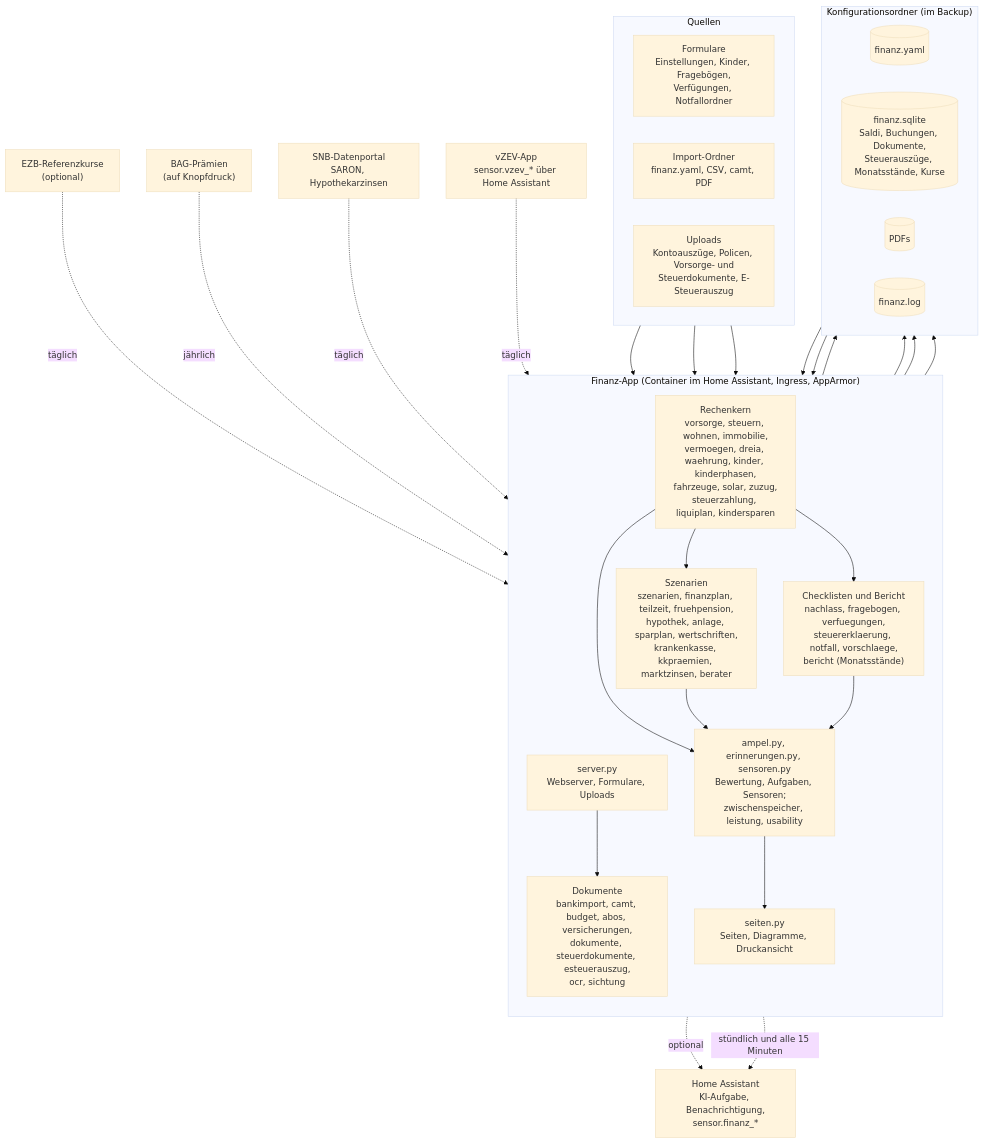
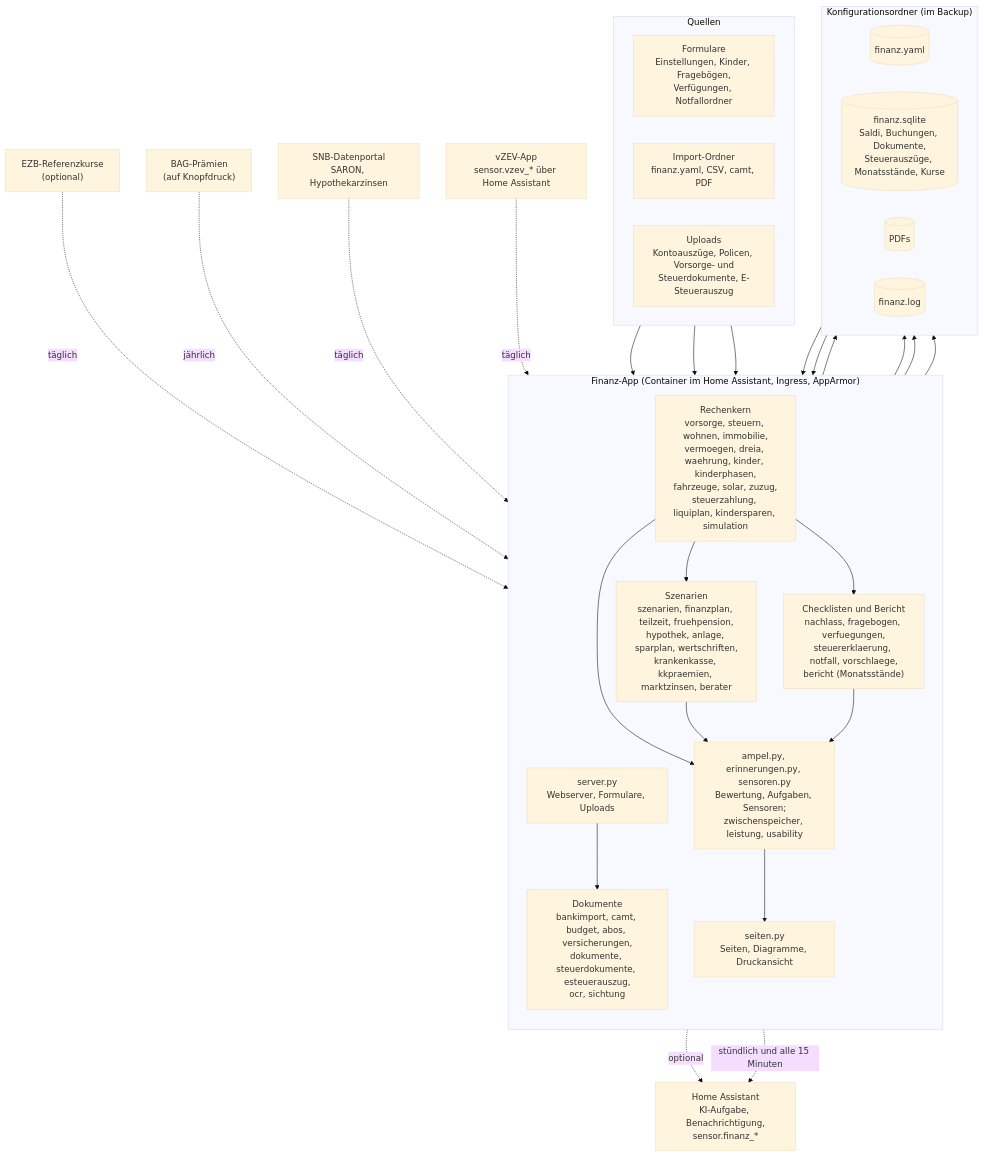
One commit to khu1985/finanz-ha changed the diagram in docs/architektur.mmd. Above: the diagram before and after it, drawn with Mermaid (base theme). The commit also changed 10 other files, not shown here.

```diff
--- a/docs/architektur.mmd
+++ b/docs/architektur.mmd
@@ -1,38 +1,38 @@
 flowchart TB
     subgraph Quellen
         direction LR
         F["Formulare<br/>Einstellungen, Kinder, Fragebögen,<br/>Verfügungen, Notfallordner"]
         I["Import-Ordner<br/>finanz.yaml, CSV, camt, PDF"]
         U["Uploads<br/>Kontoauszüge, Policen, Vorsorge- und<br/>Steuerdokumente, E-Steuerauszug"]
     end
     subgraph App["Finanz-App (Container im Home Assistant, Ingress, AppArmor)"]
         direction TB
         S["server.py<br/>Webserver, Formulare, Uploads"]
         D["Dokumente<br/>bankimport, camt, budget, abos, versicherungen,<br/>dokumente, steuerdokumente, esteuerauszug,<br/>ocr, sichtung"]
-        K["Rechenkern<br/>vorsorge, steuern, wohnen, immobilie,<br/>vermoegen, dreia, waehrung, kinder, kinderphasen,<br/>fahrzeuge, solar, zuzug,<br/>steuerzahlung, liquiplan, kindersparen"]
+        K["Rechenkern<br/>vorsorge, steuern, wohnen, immobilie,<br/>vermoegen, dreia, waehrung, kinder, kinderphasen,<br/>fahrzeuge, solar, zuzug,<br/>steuerzahlung, liquiplan, kindersparen, simulation"]
         Z["Szenarien<br/>szenarien, finanzplan, teilzeit, fruehpension,<br/>hypothek, anlage, sparplan, wertschriften,<br/>krankenkasse, kkpraemien, marktzinsen, berater"]
         C["Checklisten und Bericht<br/>nachlass, fragebogen, verfuegungen,<br/>steuererklaerung, notfall, vorschlaege,<br/>bericht (Monatsstände)"]
         A["ampel.py, erinnerungen.py, sensoren.py<br/>Bewertung, Aufgaben, Sensoren;<br/>zwischenspeicher, leistung, usability"]
         SE["seiten.py<br/>Seiten, Diagramme, Druckansicht"]
     end
     subgraph Daten["Konfigurationsordner (im Backup)"]
         direction LR
         Y[("finanz.yaml")]
         DB[("finanz.sqlite<br/>Saldi, Buchungen, Dokumente,<br/>Steuerauszüge, Monatsstände, Kurse")]
         P[("PDFs")]
         L[("finanz.log")]
     end
     HA["Home Assistant<br/>KI-Aufgabe, Benachrichtigung,<br/>sensor.finanz_*"]
     F & I & U --> S
     S --> D --> DB & P
     S --> Y
     Y & DB --> K --> Z
     K --> C
     K & Z & C --> A --> SE
     Z -. optional .-> HA
     EZB["EZB-Referenzkurse<br/>(optional)"] -. täglich .-> K
     BAG["BAG-Prämien<br/>(auf Knopfdruck)"] -. jährlich .-> Z
     SNB["SNB-Datenportal<br/>SARON, Hypothekarzinsen"] -. täglich .-> Z
     A -. stündlich und alle 15 Minuten .-> HA
     VZ["vZEV-App<br/>sensor.vzev_* über Home Assistant"] -. täglich .-> K
     S --> L
```
